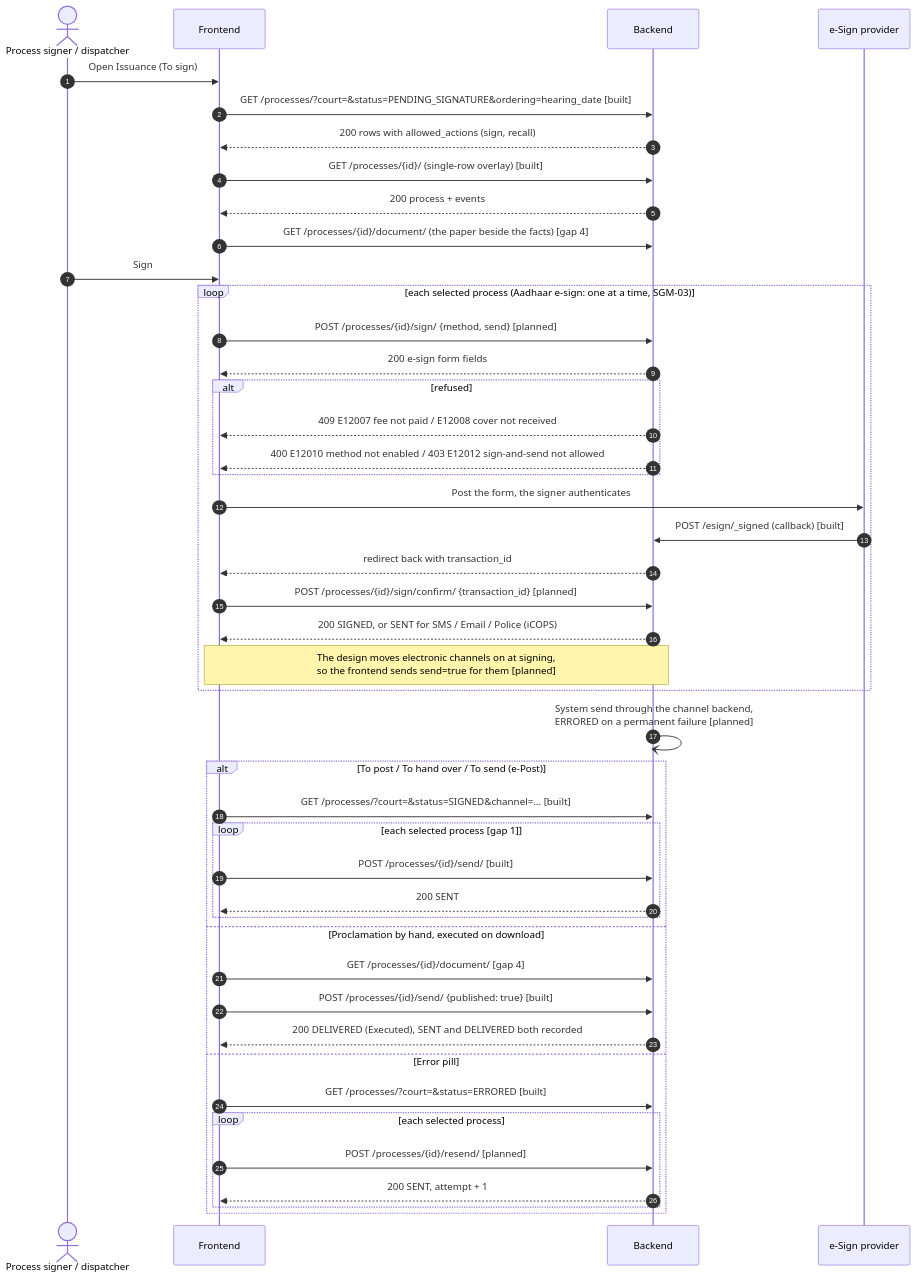
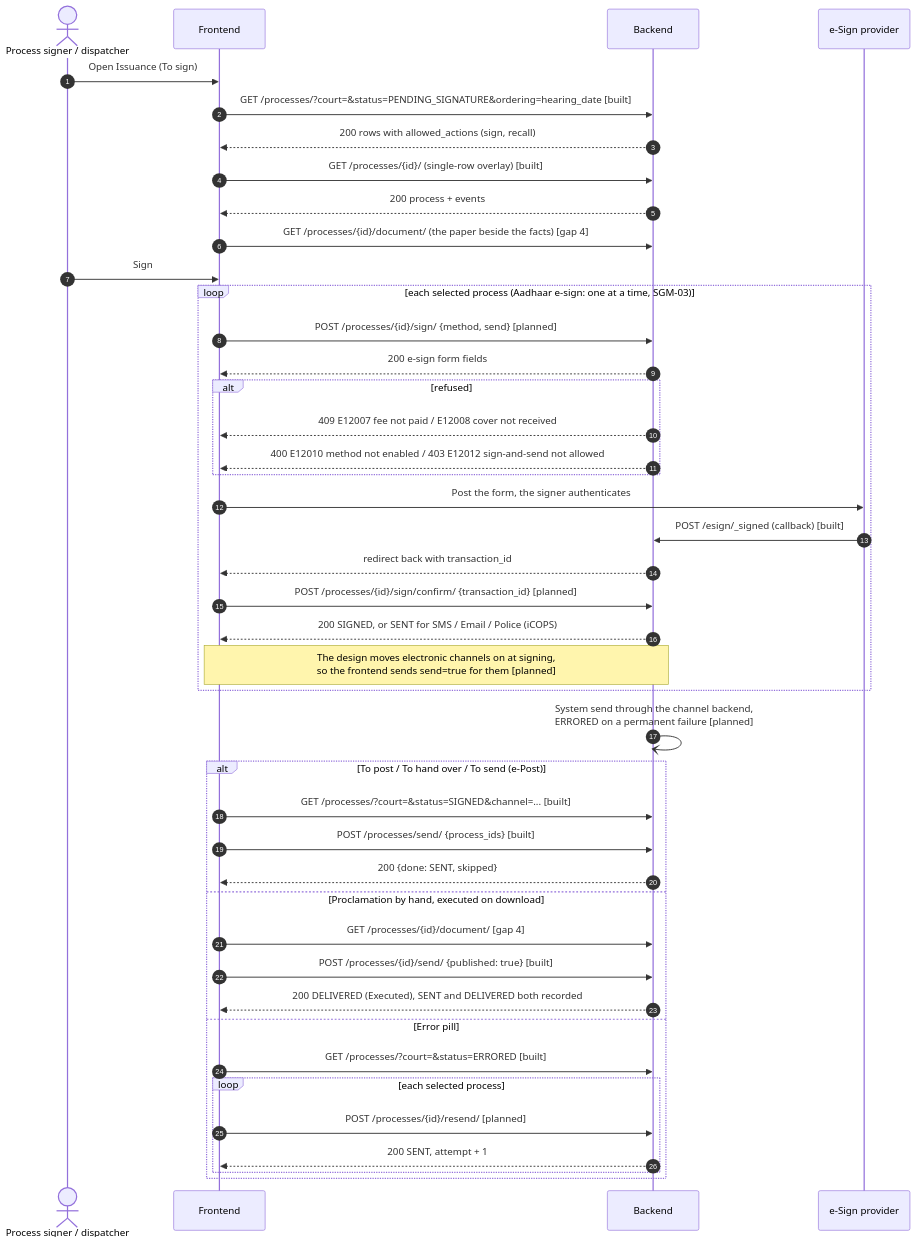
Before and after one commit to pucardotorg/dristi-be: the fourth of 7 diagrams in docs/sequence-diagrams/0028-processes/README.md, drawn with Mermaid. The commit also changed other lines of this file and 16 other files, not shown here.

````diff
--- a/docs/sequence-diagrams/0028-processes/README.md
+++ b/docs/sequence-diagrams/0028-processes/README.md
@@ -120,50 +118,48 @@
 ```mermaid
 sequenceDiagram
     autonumber
     actor S as Process signer / dispatcher
     participant FE as Frontend
     participant BE as Backend
     participant ESP as e-Sign provider
 
     S->>FE: Open Issuance (To sign)
     FE->>BE: GET /processes/?court=&status=PENDING_SIGNATURE&ordering=hearing_date [built]
     BE-->>FE: 200 rows with allowed_actions (sign, recall)
     FE->>BE: GET /processes/{id}/ (single-row overlay) [built]
     BE-->>FE: 200 process + events
     FE->>BE: GET /processes/{id}/document/ (the paper beside the facts) [gap 4]
 
     S->>FE: Sign
     loop each selected process (Aadhaar e-sign: one at a time, SGM-03)
         FE->>BE: POST /processes/{id}/sign/ {method, send} [planned]
         BE-->>FE: 200 e-sign form fields
         alt refused
             BE-->>FE: 409 E12007 fee not paid / E12008 cover not received
             BE-->>FE: 400 E12010 method not enabled / 403 E12012 sign-and-send not allowed
         end
         FE->>ESP: Post the form, the signer authenticates
         ESP->>BE: POST /esign/_signed (callback) [built]
         BE-->>FE: redirect back with transaction_id
         FE->>BE: POST /processes/{id}/sign/confirm/ {transaction_id} [planned]
         BE-->>FE: 200 SIGNED, or SENT for SMS / Email / Police (iCOPS)
         Note over FE,BE: The design moves electronic channels on at signing,<br/>so the frontend sends send=true for them [planned]
     end
     BE-)BE: System send through the channel backend,<br/>ERRORED on a permanent failure [planned]
 
     alt To post / To hand over / To send (e-Post)
         FE->>BE: GET /processes/?court=&status=SIGNED&channel=... [built]
-        loop each selected process [gap 1]
-            FE->>BE: POST /processes/{id}/send/ [built]
-            BE-->>FE: 200 SENT
-        end
+        FE->>BE: POST /processes/send/ {process_ids} [built]
+        BE-->>FE: 200 {done: SENT, skipped}
     else Proclamation by hand, executed on download
         FE->>BE: GET /processes/{id}/document/ [gap 4]
         FE->>BE: POST /processes/{id}/send/ {published: true} [built]
         BE-->>FE: 200 DELIVERED (Executed), SENT and DELIVERED both recorded
     else Error pill
         FE->>BE: GET /processes/?court=&status=ERRORED [built]
         loop each selected process
             FE->>BE: POST /processes/{id}/resend/ [planned]
             BE-->>FE: 200 SENT, attempt + 1
         end
     end
 ```
````
